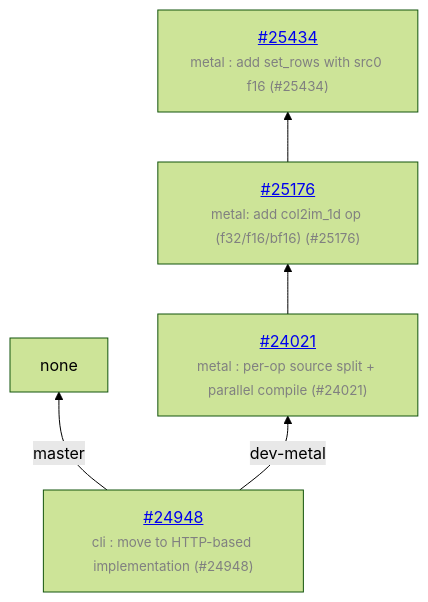
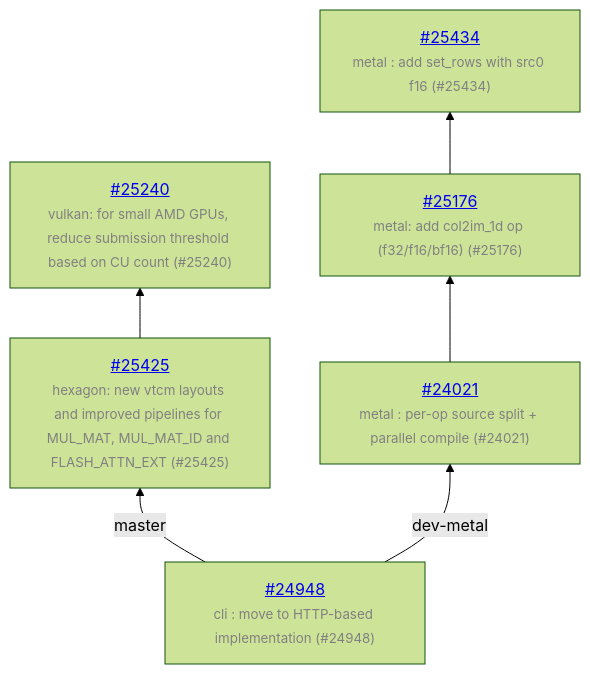
Before and after one commit to ggml-org/llama.cpp-dev: the diagram in README.md, drawn with Mermaid (forest theme). The commit also changed other lines of this file and 1 other file, not shown here.

Commit message:
auto: update

````diff
--- a/README.md
+++ b/README.md
@@ -13,11 +13,14 @@
 ```mermaid
 graph BT
     COMMON["<a href='https://github.com/ggml-org/llama.cpp/pull/24948'>#24948</a><br/><span style='font-size:smaller;color:gray'>cli : move to HTTP-based implementation (#24948)</span>"]
-    COMMON -->|master| none
+    COMMON -->|master| C_81ff7ab
+    C_81ff7ab["<a href='https://github.com/ggml-org/llama.cpp/pull/25425'>#25425</a><br/><span style='font-size:smaller;color:gray'>hexagon: new vtcm layouts and improved pipelines for MUL_MAT, MUL_MAT_ID and FLASH_ATTN_EXT (#25425)</span>"]
+    C_81ff7ab --> C_0bbc87b
+    C_0bbc87b["<a href='https://github.com/ggml-org/llama.cpp/pull/25240'>#25240</a><br/><span style='font-size:smaller;color:gray'>vulkan: for small AMD GPUs, reduce submission threshold based on CU count (#25240)</span>"]
     COMMON -->|dev-metal| C_5dca9f3
     C_5dca9f3["<a href='https://github.com/ggml-org/llama.cpp/pull/24021'>#24021</a><br/><span style='font-size:smaller;color:gray'>metal : per-op source split + parallel compile (#24021)</span>"]
     C_5dca9f3 --> C_400d4bf
     C_400d4bf["<a href='https://github.com/ggml-org/llama.cpp/pull/25176'>#25176</a><br/><span style='font-size:smaller;color:gray'>metal: add col2im_1d op (f32/f16/bf16) (#25176)</span>"]
     C_400d4bf --> C_8cb1ad5
     C_8cb1ad5["<a href='https://github.com/ggml-org/llama.cpp/pull/25434'>#25434</a><br/><span style='font-size:smaller;color:gray'>metal : add set_rows with src0 f16 (#25434)</span>"]
 ```
````
